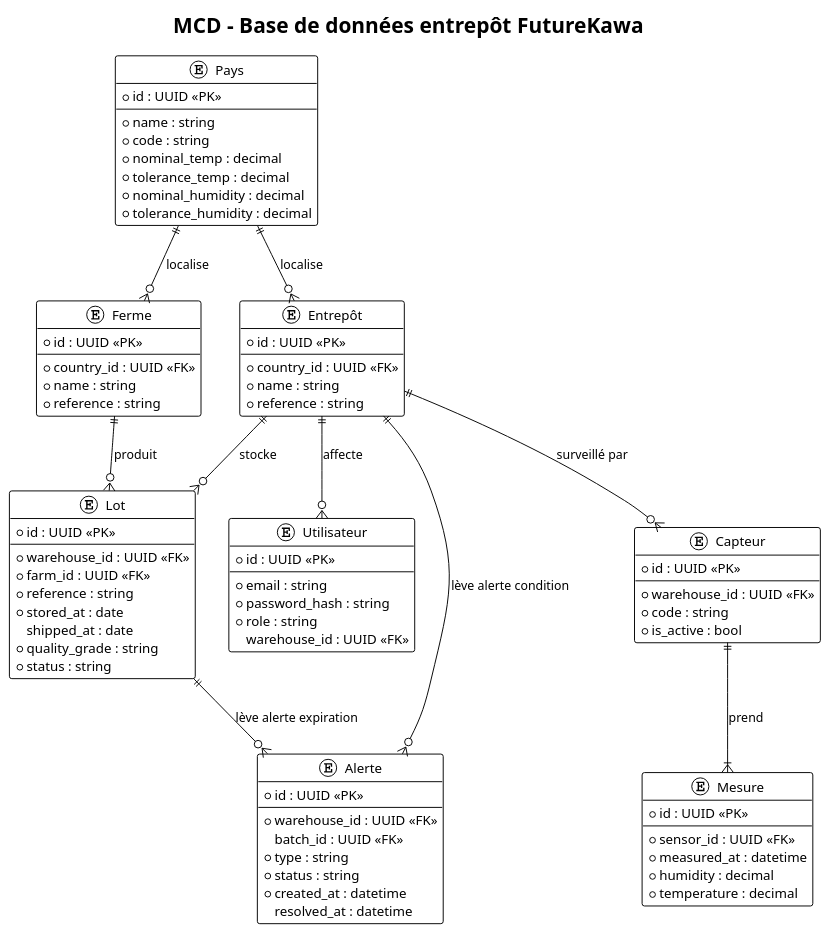
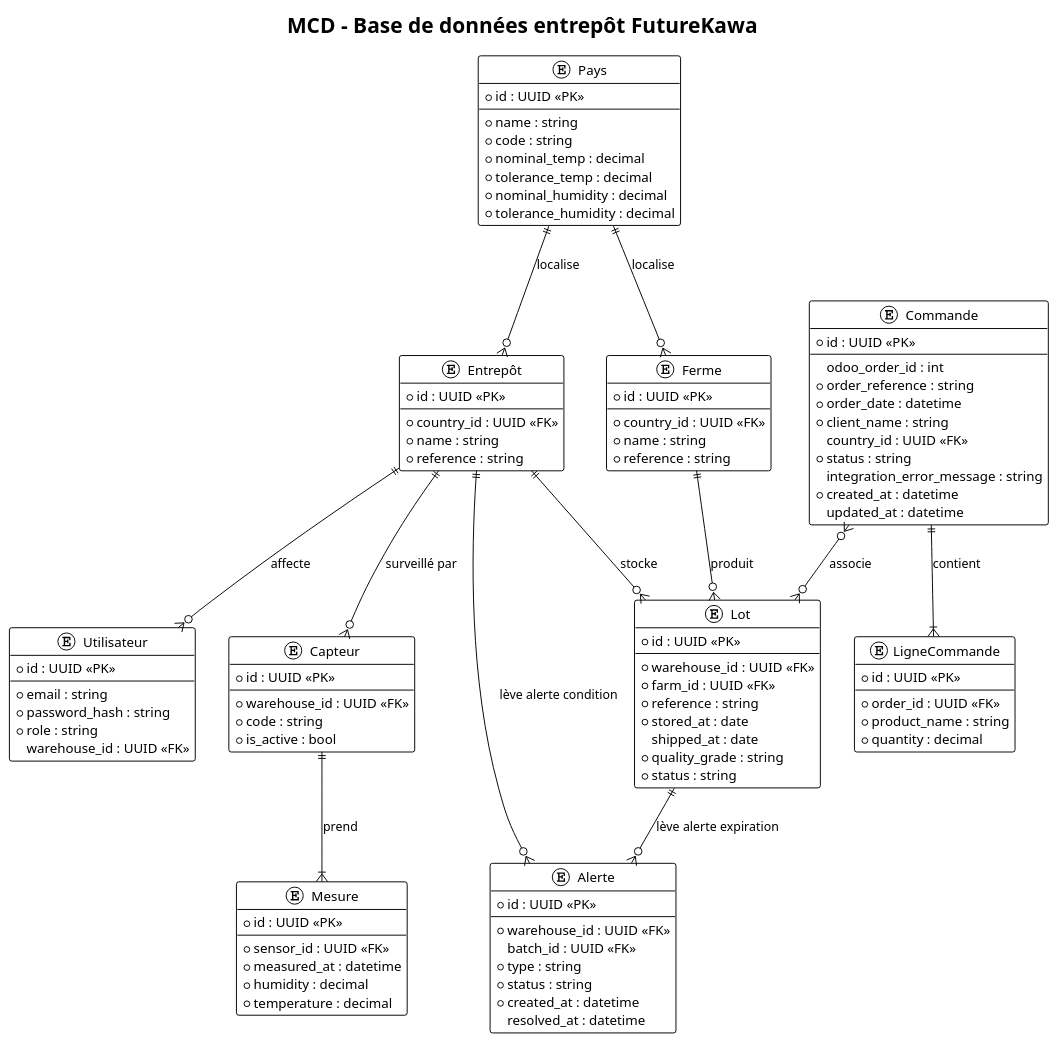
The diagram in Documentation/diagrammes/mcd_warehouse.puml (FutureKawa-Nte-G2/FutureKawa), drawn with PlantUML before and after one commit. The commit also changed 19 other files, not shown here.

Commit message:
feat: associate orders with origin country and auto-generate batch references in Odoo

```diff
--- a/Documentation/diagrammes/mcd_warehouse.puml
+++ b/Documentation/diagrammes/mcd_warehouse.puml
@@ -1,94 +1,118 @@
 @startuml MCD_Warehouse_FutureKawa
 
 !theme plain
 
 title MCD - Base de données entrepôt FutureKawa
 
 entity "Utilisateur" as User {
   * id : UUID <<PK>>
   --
   * email : string
   * password_hash : string
   * role : string
   warehouse_id : UUID <<FK>>
 }
 
 entity "Pays" as Country {
   * id : UUID <<PK>>
   --
   * name : string
   * code : string
   * nominal_temp : decimal
   * tolerance_temp : decimal
   * nominal_humidity : decimal
   * tolerance_humidity : decimal
 }
 
 entity "Ferme" as Farm {
   * id : UUID <<PK>>
   --
   * country_id : UUID <<FK>>
   * name : string
   * reference : string
 }
 
 entity "Entrepôt" as Warehouse {
   * id : UUID <<PK>>
   --
   * country_id : UUID <<FK>>
   * name : string
   * reference : string
 }
 
 entity "Lot" as Batch {
   * id : UUID <<PK>>
   --
   * warehouse_id : UUID <<FK>>
   * farm_id : UUID <<FK>>
   * reference : string
   * stored_at : date
   shipped_at : date
   * quality_grade : string
   * status : string
 }
 
+entity "Commande" as Order {
+  * id : UUID <<PK>>
+  --
+  odoo_order_id : int
+  * order_reference : string
+  * order_date : datetime
+  * client_name : string
+  country_id : UUID <<FK>>
+  * status : string
+  integration_error_message : string
+  * created_at : datetime
+  updated_at : datetime
+}
+
+entity "LigneCommande" as OrderLine {
+  * id : UUID <<PK>>
+  --
+  * order_id : UUID <<FK>>
+  * product_name : string
+  * quantity : decimal
+}
+
 entity "Capteur" as Sensor {
   * id : UUID <<PK>>
   --
   * warehouse_id : UUID <<FK>>
   * code : string
   * is_active : bool
 }
 
 entity "Mesure" as Measurement {
   * id : UUID <<PK>>
   --
   * sensor_id : UUID <<FK>>
   * measured_at : datetime
   * humidity : decimal
   * temperature : decimal
 }
 
 entity "Alerte" as Alert {
   * id : UUID <<PK>>
   --
   * warehouse_id : UUID <<FK>>
   batch_id : UUID <<FK>>
   * type : string
   * status : string
   * created_at : datetime
   resolved_at : datetime
 }
 
 ' Relations conceptuelles
 Country ||--o{ Farm : "localise"
 Country ||--o{ Warehouse : "localise"
 Farm ||--o{ Batch : "produit"
 Warehouse ||--o{ Batch : "stocke"
 Warehouse ||--o{ User : "affecte"
 Warehouse ||--o{ Sensor : "surveillé par"
 Sensor ||--|{ Measurement : "prend"
 Warehouse ||--o{ Alert : "lève alerte condition"
 Batch ||--o{ Alert : "lève alerte expiration"
+Order ||--|{ OrderLine : "contient"
+Order }o--o{ Batch : "associe"
 
 @enduml
```
